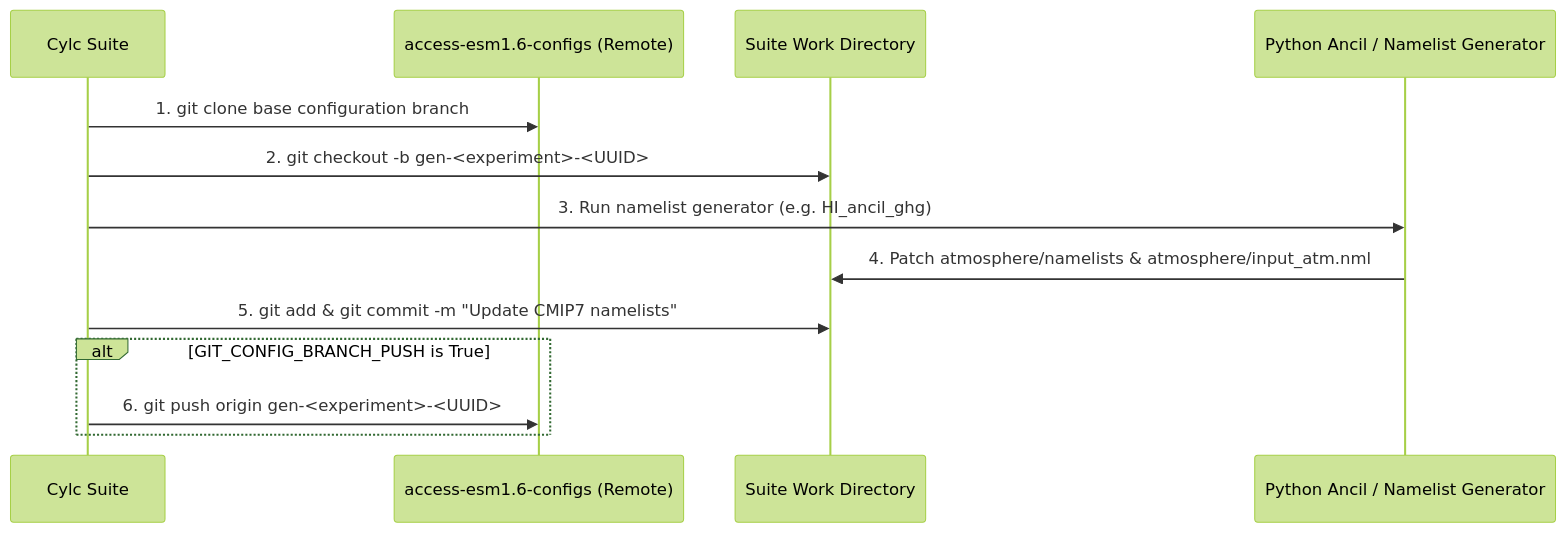
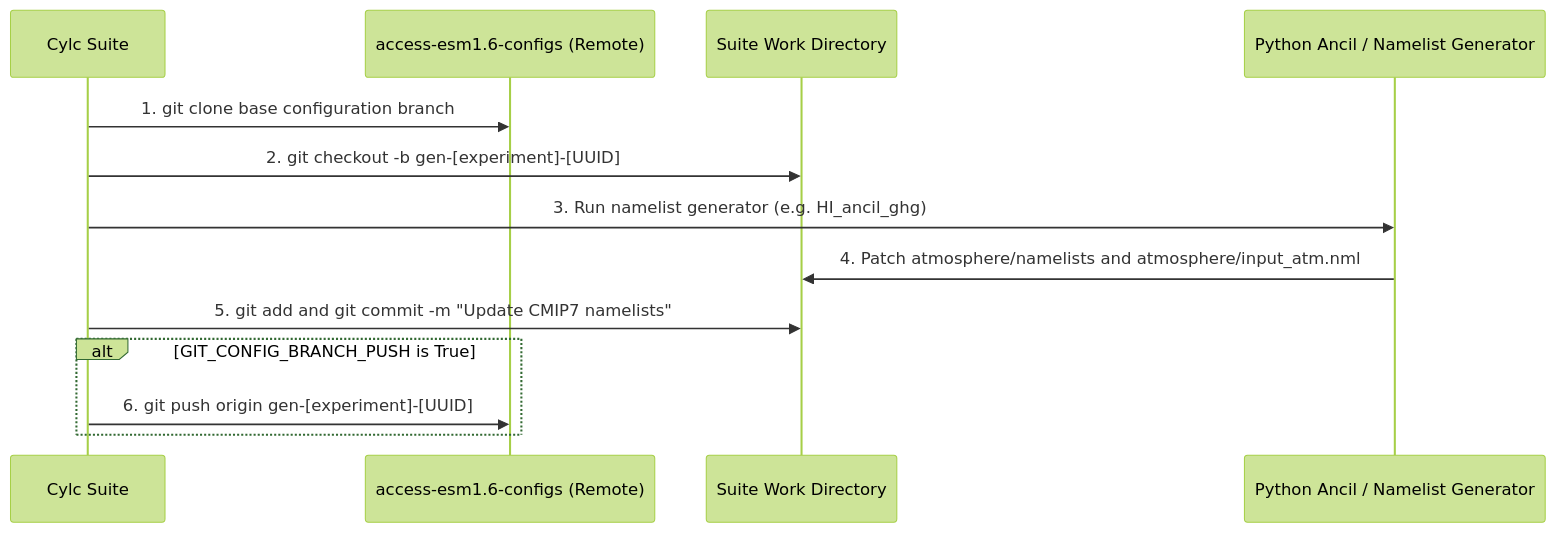
The diagram in documentation/docs/pages/forcings/config_sync.md (ACCESS-NRI/CMIP7-Input), drawn with Mermaid (forest theme) before and after one commit. The commit also changed other lines of this file and 19 other files, not shown here.

Commit message:
Fixed markdown formatting and mermaid rendering

````diff
--- a/documentation/docs/pages/forcings/config_sync.md
+++ b/documentation/docs/pages/forcings/config_sync.md
@@ -13,16 +13,16 @@
 ```mermaid
 sequenceDiagram
     participant Cylc as Cylc Suite
     participant GitHub as access-esm1.6-configs (Remote)
     participant Workspace as Suite Work Directory
     participant Script as Python Ancil / Namelist Generator
 
     Cylc->>GitHub: 1. git clone base configuration branch
-    Cylc->>Workspace: 2. git checkout -b gen-<experiment>-<UUID>
+    Cylc->>Workspace: 2. git checkout -b gen-[experiment]-[UUID]
     Cylc->>Script: 3. Run namelist generator (e.g. HI_ancil_ghg)
-    Script->>Workspace: 4. Patch atmosphere/namelists & atmosphere/input_atm.nml
-    Cylc->>Workspace: 5. git add & git commit -m "Update CMIP7 namelists"
+    Script->>Workspace: 4. Patch atmosphere/namelists and atmosphere/input_atm.nml
+    Cylc->>Workspace: 5. git add and git commit -m "Update CMIP7 namelists"
     alt GIT_CONFIG_BRANCH_PUSH is True
-        Cylc->>GitHub: 6. git push origin gen-<experiment>-<UUID>
+        Cylc->>GitHub: 6. git push origin gen-[experiment]-[UUID]
     end
 ```
````
